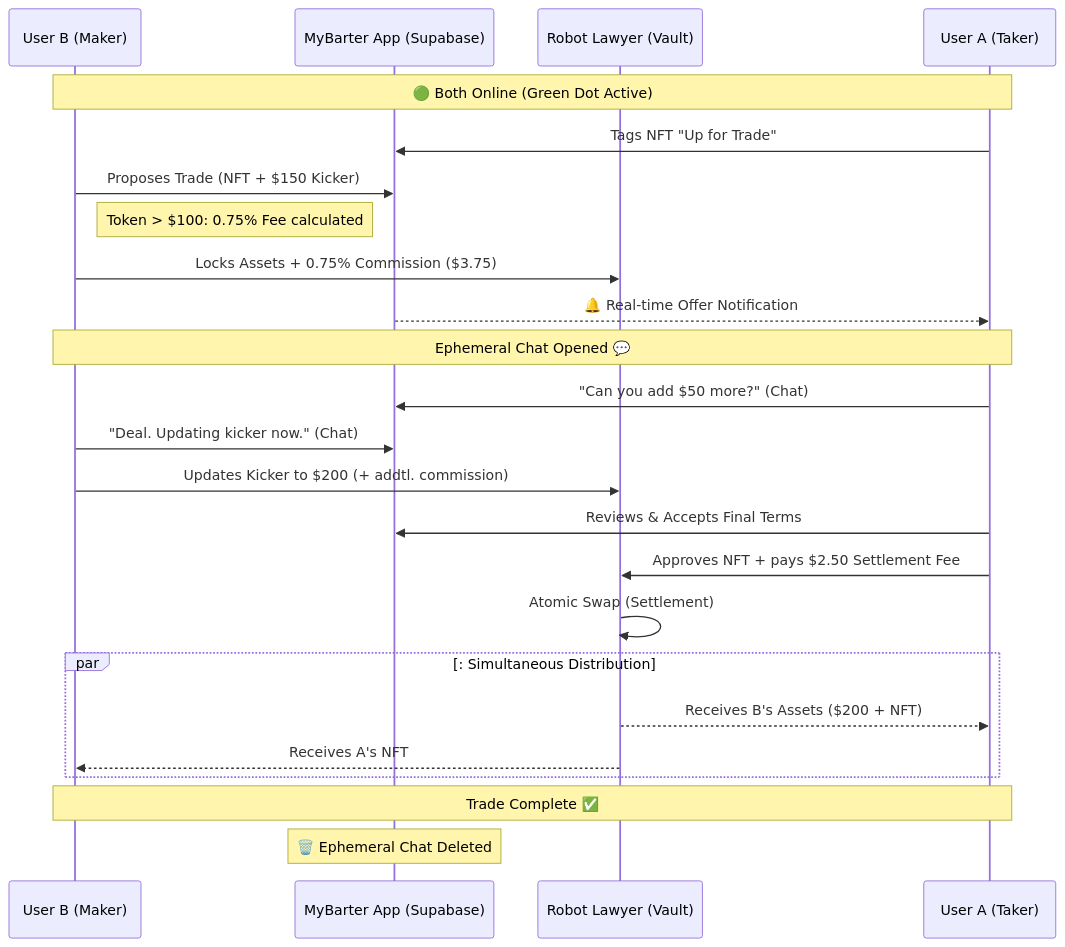
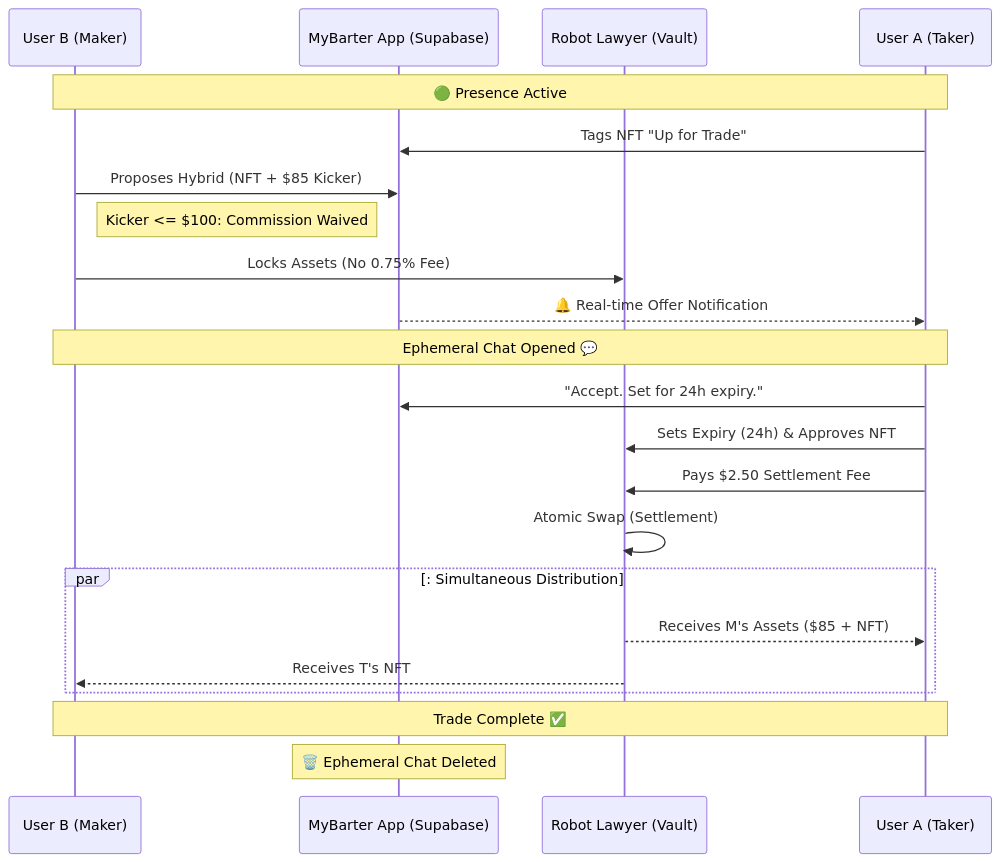
One commit to 0xpiweb/MyBarter changed the diagram in DOCS/USER_FLOW.md. Above: the diagram before and after it, drawn with Mermaid.

````diff
--- a/DOCS/USER_FLOW.md
+++ b/DOCS/USER_FLOW.md
@@ -2,36 +2,33 @@
 ```mermaid
 sequenceDiagram
-    participant B as User B (Maker)
+    participant M as User B (Maker)
     participant APP as MyBarter App (Supabase)
     participant RL as Robot Lawyer (Vault)
-    participant A as User A (Taker)
+    participant T as User A (Taker)
 
-    Note over A, B: 🟢 Both Online (Green Dot Active)
+    Note over T, M: 🟢 Presence Active
     
-    A->>APP: Tags NFT "Up for Trade"
-    B->>APP: Proposes Trade (NFT + $150 Kicker)
+    T->>APP: Tags NFT "Up for Trade"
+    M->>APP: Proposes Hybrid (NFT + $85 Kicker)
     
-    Note right of B: Token > $100: 0.75% Fee calculated
-    B->>RL: Locks Assets + 0.75% Commission ($3.75)
+    Note right of M: Kicker <= $100: Commission Waived
+    M->>RL: Locks Assets (No 0.75% Fee)
     
-    APP-->>A: 🔔 Real-time Offer Notification
+    APP-->>T: 🔔 Real-time Offer Notification
     
-    Note over A, B: Ephemeral Chat Opened 💬
-    A->>APP: "Can you add $50 more?" (Chat)
-    B->>APP: "Deal. Updating kicker now." (Chat)
+    Note over T, M: Ephemeral Chat Opened 💬
+    T->>APP: "Accept. Set for 24h expiry."
     
-    B->>RL: Updates Kicker to $200 (+ addtl. commission)
-    
-    A->>APP: Reviews & Accepts Final Terms
-    A->>RL: Approves NFT + pays $2.50 Settlement Fee
+    T->>RL: Sets Expiry (24h) & Approves NFT
+    T->>RL: Pays $2.50 Settlement Fee
     
     RL->>RL: Atomic Swap (Settlement)
     
     PAR: Simultaneous Distribution
-        RL-->>A: Receives B's Assets ($200 + NFT)
-        RL-->>B: Receives A's NFT
+        RL-->>T: Receives M's Assets ($85 + NFT)
+        RL-->>M: Receives T's NFT
     END
 
-    Note over A, B: Trade Complete ✅
+    Note over T, M: Trade Complete ✅
     Note over APP: 🗑️ Ephemeral Chat Deleted
 ```
````
